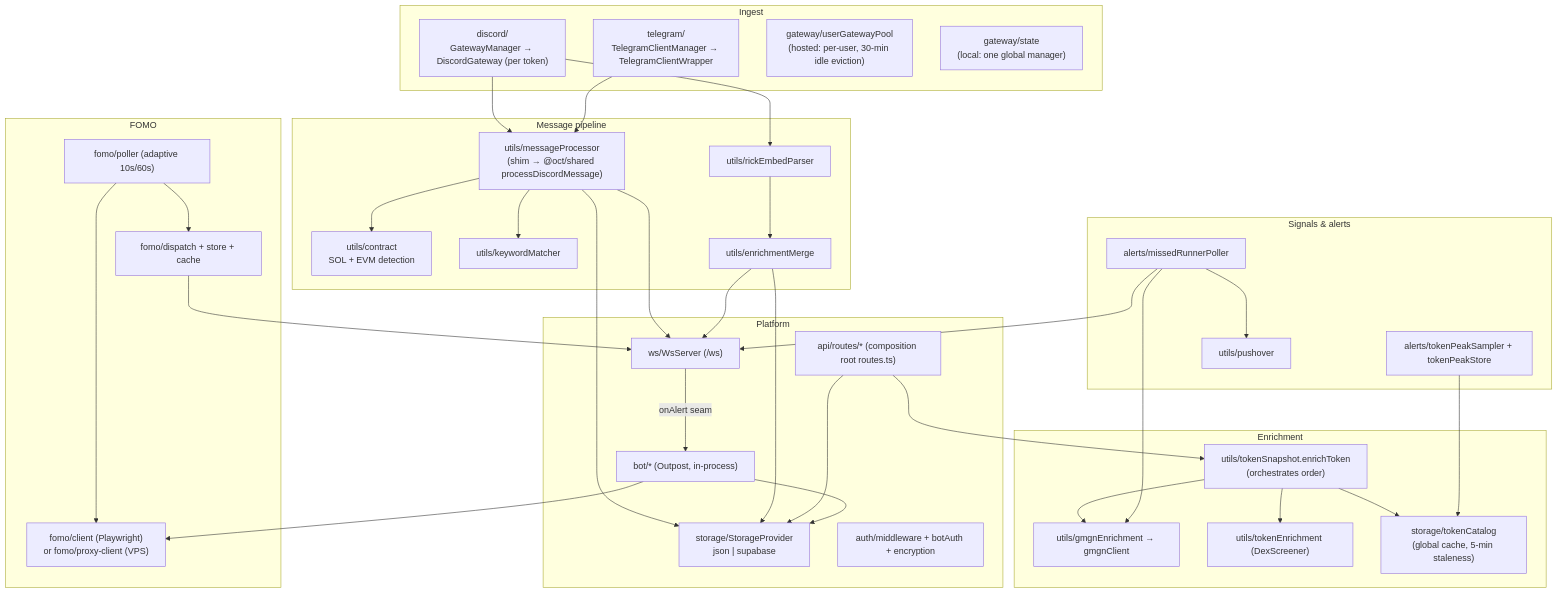
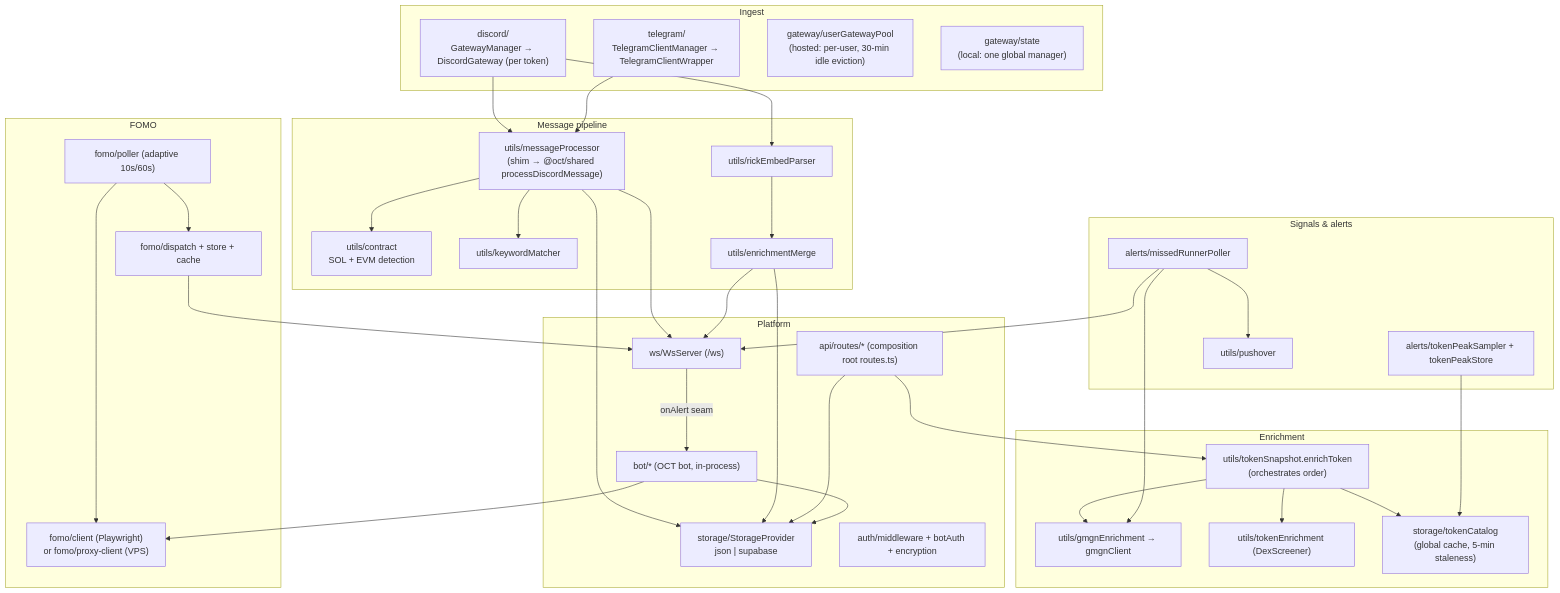
The first of 5 diagrams in docs/src/content/docs/architecture/backend.md (ArhamKhurram/Onchain-Tools), drawn with Mermaid before and after one commit. The commit also changed other lines of this file and 28 other files, not shown here.

````diff
--- a/docs/src/content/docs/architecture/backend.md
+++ b/docs/src/content/docs/architecture/backend.md
@@ -14,67 +14,67 @@
 ```mermaid
 flowchart TB
   subgraph ingest["Ingest"]
     dgw["discord/<br/>GatewayManager → DiscordGateway (per token)"]
     tgw["telegram/<br/>TelegramClientManager → TelegramClientWrapper"]
     pool["gateway/userGatewayPool<br/>(hosted: per-user, 30-min idle eviction)"]
     state["gateway/state<br/>(local: one global manager)"]
   end
 
   subgraph pipeline["Message pipeline"]
     proc["utils/messageProcessor<br/>(shim → @oct/shared processDiscordMessage)"]
     contract["utils/contract<br/>SOL + EVM detection"]
     kw["utils/keywordMatcher"]
     rick["utils/rickEmbedParser"]
     merge["utils/enrichmentMerge"]
   end
 
   subgraph enrichment["Enrichment"]
     snapshot["utils/tokenSnapshot.enrichToken<br/>(orchestrates order)"]
     gmgn["utils/gmgnEnrichment → gmgnClient"]
     dexs["utils/tokenEnrichment (DexScreener)"]
     catalog["storage/tokenCatalog<br/>(global cache, 5-min staleness)"]
   end
 
   subgraph signals["Signals & alerts"]
     missed["alerts/missedRunnerPoller"]
     peaks["alerts/tokenPeakSampler + tokenPeakStore"]
     push["utils/pushover"]
   end
 
   subgraph fomo["FOMO"]
     fclient["fomo/client (Playwright)<br/>or fomo/proxy-client (VPS)"]
     fpoller["fomo/poller (adaptive 10s/60s)"]
     fdispatch["fomo/dispatch + store + cache"]
   end
 
   subgraph platform["Platform"]
     ws["ws/WsServer (/ws)"]
     api["api/routes/* (composition root routes.ts)"]
     storage["storage/StorageProvider<br/>json | supabase"]
     auth["auth/middleware + botAuth + encryption"]
-    bot["bot/* (Outpost, in-process)"]
+    bot["bot/* (OCT bot, in-process)"]
   end
 
   dgw --> proc
   tgw --> proc
   proc --> contract
   proc --> kw
   proc --> storage
   proc --> ws
   dgw --> rick --> merge --> storage
   snapshot --> gmgn
   snapshot --> dexs
   snapshot --> catalog
   merge --> ws
   missed --> gmgn
   missed --> push
   missed --> ws
   peaks --> catalog
   fpoller --> fclient
   fpoller --> fdispatch --> ws
   api --> storage
   api --> snapshot
   bot --> fclient
   bot --> storage
   ws -- "onAlert seam" --> bot
 ```
````
